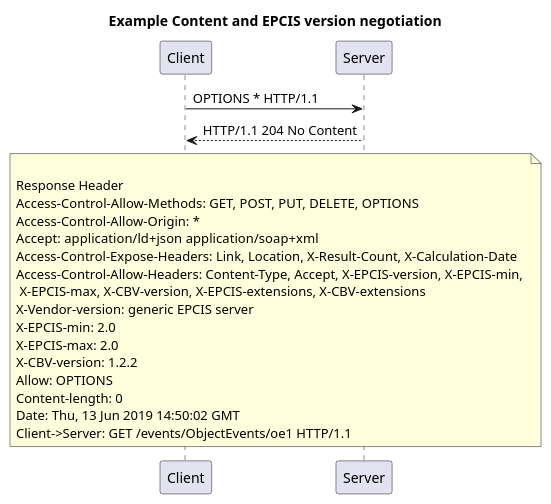
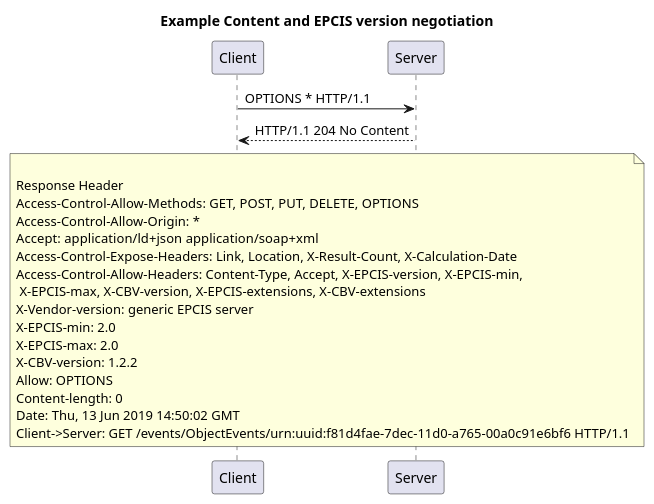
One commit to gs1/EPCIS changed the diagram in REST Bindings/docs/images/web sequence diagram/capture.wsd. Above: the diagram before and after it, drawn with PlantUML.

```diff
--- a/REST Bindings/docs/images/web sequence diagram/capture.wsd
+++ b/REST Bindings/docs/images/web sequence diagram/capture.wsd
@@ -1,5 +1,5 @@
 title Example Content and EPCIS version negotiation
 
 Client->Server: OPTIONS * HTTP/1.1
 Server-->Client: HTTP/1.1 204 No Content
-note over Server, Client:\nResponse Header\nAccess-Control-Allow-Methods: GET, POST, PUT, DELETE, OPTIONS\nAccess-Control-Allow-Origin: *\nAccept: application/ld+json  application/soap+xml\nAccess-Control-Expose-Headers: Link, Location, X-Result-Count, X-Calculation-Date\nAccess-Control-Allow-Headers: Content-Type, Accept, X-EPCIS-version, X-EPCIS-min, \n X-EPCIS-max, X-CBV-version, X-EPCIS-extensions, X-CBV-extensions\nX-Vendor-version: generic EPCIS server\nX-EPCIS-min: 2.0\nX-EPCIS-max: 2.0\nX-CBV-version: 1.2.2\nAllow: OPTIONS\nContent-length: 0\nDate: Thu, 13 Jun 2019 14:50:02 GMT\nClient->Server: GET /events/ObjectEvents/oe1 HTTP/1.1
+note over Server, Client:\nResponse Header\nAccess-Control-Allow-Methods: GET, POST, PUT, DELETE, OPTIONS\nAccess-Control-Allow-Origin: *\nAccept: application/ld+json  application/soap+xml\nAccess-Control-Expose-Headers: Link, Location, X-Result-Count, X-Calculation-Date\nAccess-Control-Allow-Headers: Content-Type, Accept, X-EPCIS-version, X-EPCIS-min, \n X-EPCIS-max, X-CBV-version, X-EPCIS-extensions, X-CBV-extensions\nX-Vendor-version: generic EPCIS server\nX-EPCIS-min: 2.0\nX-EPCIS-max: 2.0\nX-CBV-version: 1.2.2\nAllow: OPTIONS\nContent-length: 0\nDate: Thu, 13 Jun 2019 14:50:02 GMT\nClient->Server: GET /events/ObjectEvents/urn:uuid:f81d4fae-7dec-11d0-a765-00a0c91e6bf6 HTTP/1.1
```
